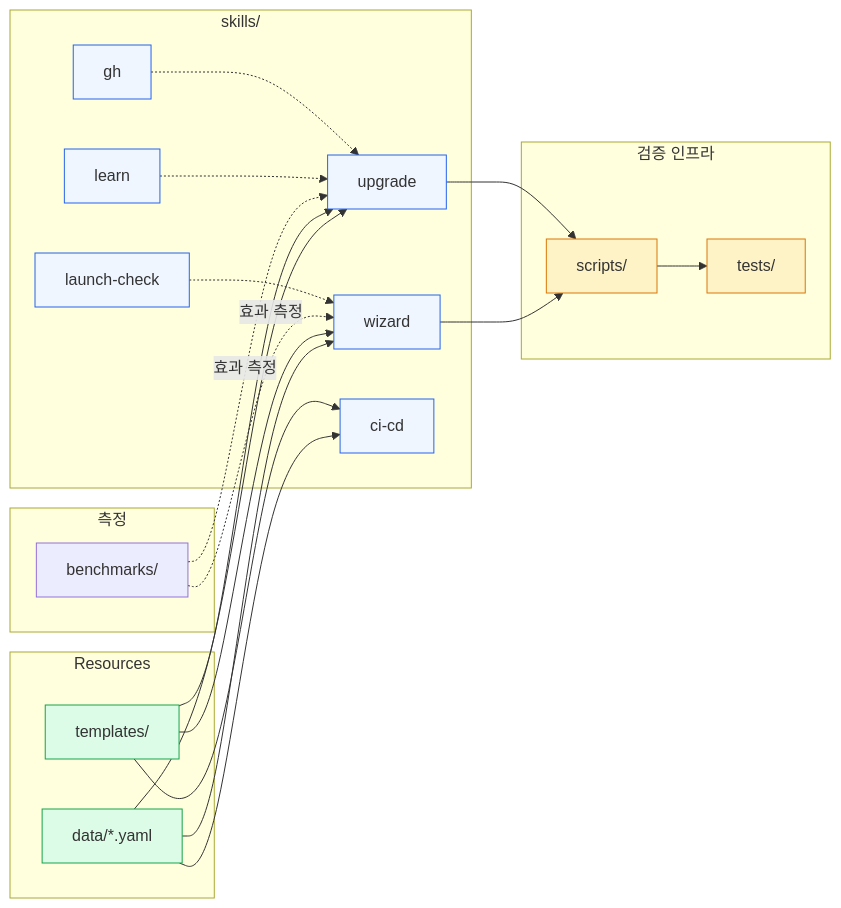
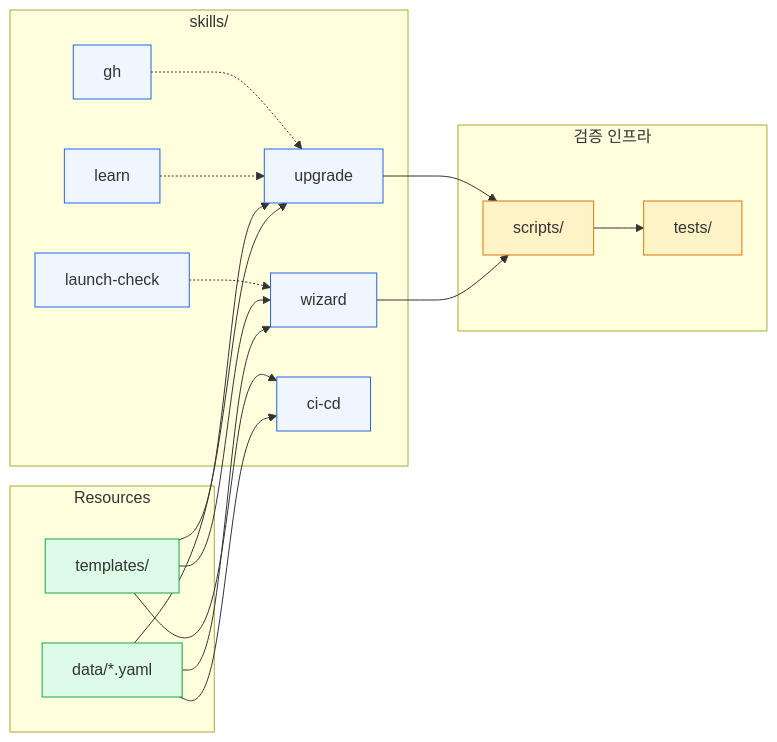
The third of 3 diagrams in docs/ARCHITECTURE.md (DONGWAN-LEE/harness-marketplace-plugin), drawn with Mermaid before and after one commit. The commit also changed other lines of this file and 167 other files, not shown here.

````diff
--- a/docs/ARCHITECTURE.md
+++ b/docs/ARCHITECTURE.md
@@ -97,49 +97,43 @@
 ```mermaid
 flowchart LR
     subgraph Skills["skills/"]
         WZ[wizard]
         UP[upgrade]
         LC[launch-check]
         CI[ci-cd]
         GH[gh]
         LR[learn]
     end
 
     subgraph Infra["검증 인프라"]
         SC[scripts/]
         TS[tests/]
     end
 
     subgraph Resources["Resources"]
         DT[data/*.yaml]
         TM[templates/]
     end
 
-    subgraph Telemetry["측정"]
-        BM[benchmarks/]
-    end
-
     DT --> WZ
     DT --> UP
     DT --> CI
     TM --> WZ
     TM --> UP
     TM --> CI
 
     WZ --> SC
     UP --> SC
     SC --> TS
-    BM -.->|효과 측정| WZ
-    BM -.->|효과 측정| UP
 
     LC -.-> WZ
     LR -.-> UP
     GH -.-> UP
 
     classDef skill fill:#eff6ff,stroke:#2563eb
     classDef infra fill:#fef3c7,stroke:#d97706
     classDef resource fill:#dcfce7,stroke:#16a34a
     class WZ,UP,LC,CI,GH,LR skill
     class SC,TS infra
     class DT,TM resource
 ```
````
